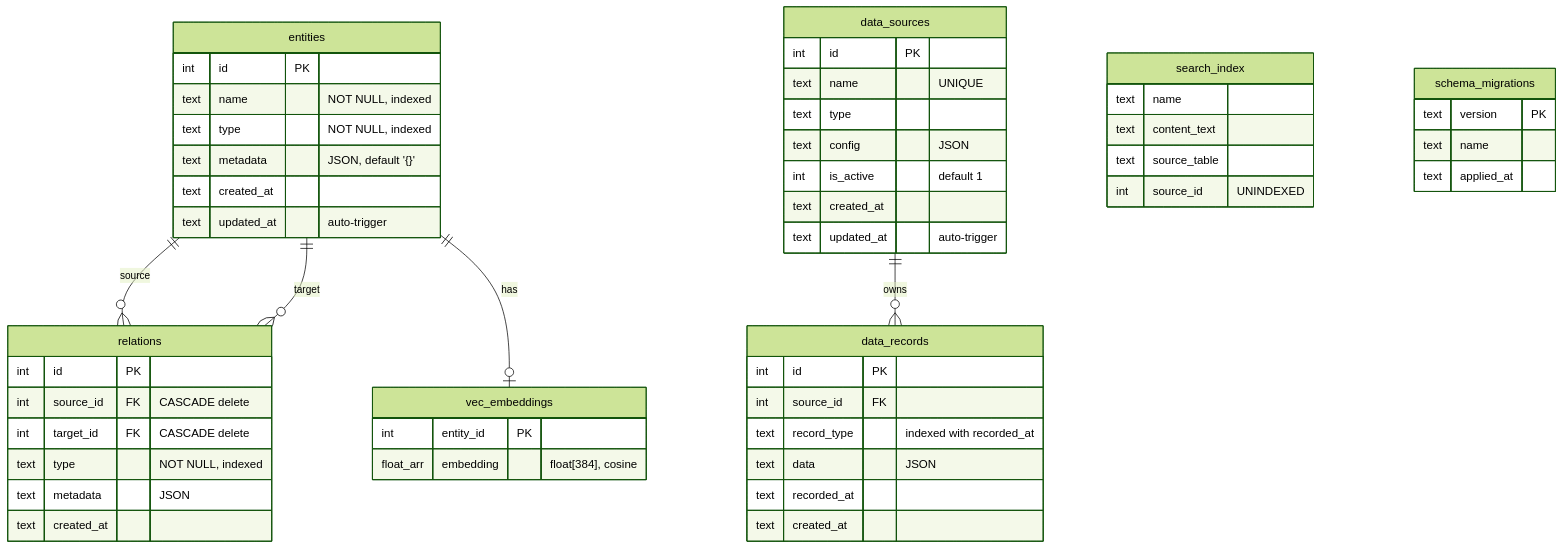
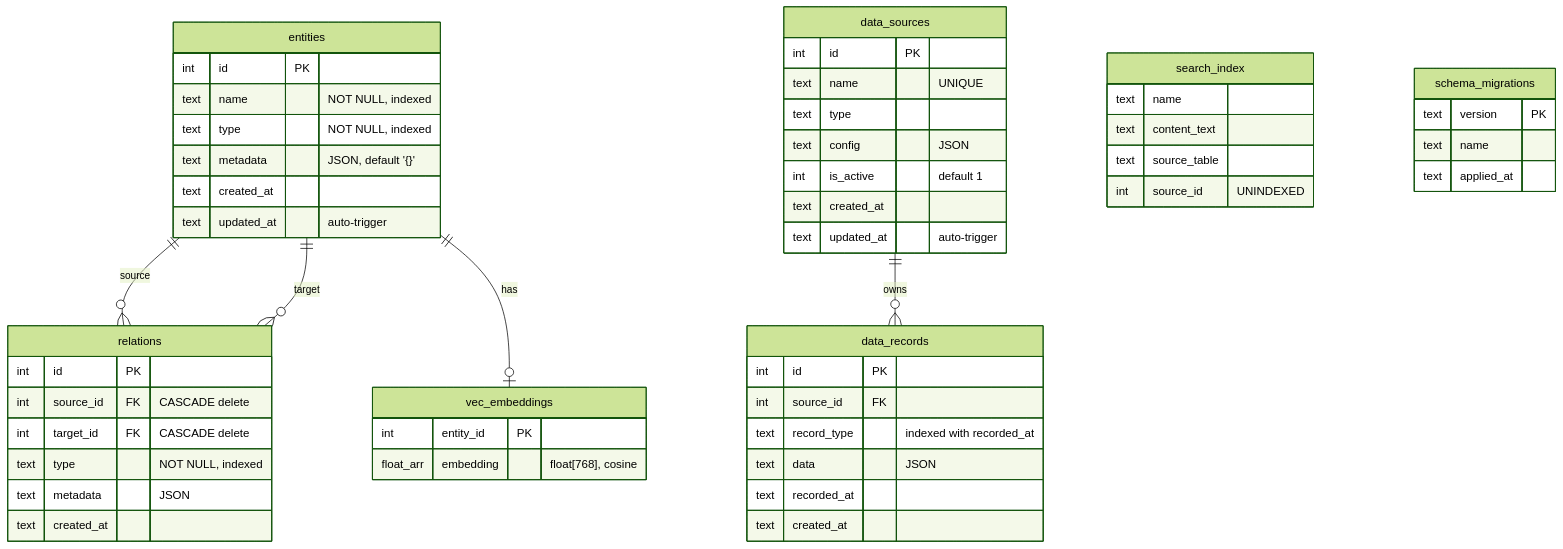
The second of 3 diagrams in docs/developer-guide/architecture.md (dmetzler/openclaw-kb), drawn with Mermaid (forest theme) before and after one commit. The commit also changed other lines of this file and 27 other files, not shown here.

````diff
--- a/docs/developer-guide/architecture.md
+++ b/docs/developer-guide/architecture.md
@@ -80,62 +80,62 @@
 ```mermaid
 erDiagram
     entities ||--o{ relations : "source"
     entities ||--o{ relations : "target"
     entities ||--o| vec_embeddings : "has"
     data_sources ||--o{ data_records : "owns"
 
     entities {
         int id PK
         text name "NOT NULL, indexed"
         text type "NOT NULL, indexed"
         text metadata "JSON, default '{}'"
         text created_at
         text updated_at "auto-trigger"
     }
 
     relations {
         int id PK
         int source_id FK "CASCADE delete"
         int target_id FK "CASCADE delete"
         text type "NOT NULL, indexed"
         text metadata "JSON"
         text created_at
     }
 
     vec_embeddings {
         int entity_id PK
-        float_arr embedding "float[384], cosine"
+        float_arr embedding "float[768], cosine"
     }
 
     data_sources {
         int id PK
         text name "UNIQUE"
         text type
         text config "JSON"
         int is_active "default 1"
         text created_at
         text updated_at "auto-trigger"
     }
 
     data_records {
         int id PK
         int source_id FK
         text record_type "indexed with recorded_at"
         text data "JSON"
         text recorded_at
         text created_at
     }
 
     search_index {
         text name
         text content_text
         text source_table
         int source_id "UNINDEXED"
     }
 
     schema_migrations {
         text version PK
         text name
         text applied_at
     }
 ```
````
